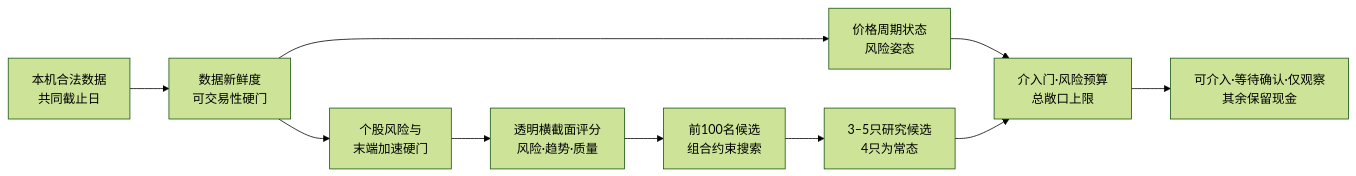
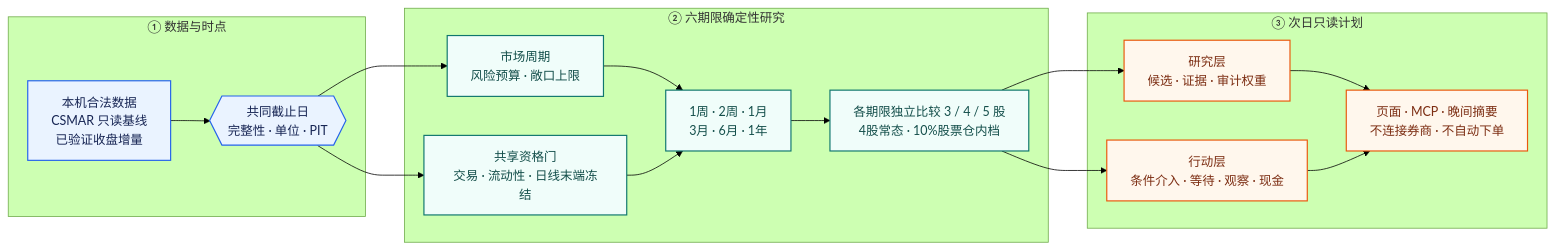
Before and after one commit to zerongwong/a-share-lab: the first of 3 diagrams in README.md, drawn with Mermaid (forest theme). The commit also changed other lines of this file and 19 other files, not shown here.

````diff
--- a/README.md
+++ b/README.md
@@ -79,12 +93,37 @@
 ```mermaid
 flowchart LR
-    A["本机合法数据<br/>共同截止日"] --> B["数据新鲜度<br/>可交易性硬门"]
-    B --> C["价格周期状态<br/>风险姿态"]
-    B --> D["个股风险与<br/>末端加速硬门"]
-    D --> E["透明横截面评分<br/>风险·趋势·质量"]
-    E --> F["前100名候选<br/>组合约束搜索"]
-    F --> G["3–5只研究候选<br/>4只为常态"]
-    C --> H["介入门·风险预算<br/>总敞口上限"]
-    G --> H
-    H --> I["可介入·等待确认·仅观察<br/>其余保留现金"]
+    subgraph INPUT["① 数据与时点"]
+        A["本机合法数据<br/>CSMAR 只读基线<br/>已验证收盘增量"]
+        B{{"共同截止日<br/>完整性 · 单位 · PIT"}}
+        A --> B
+    end
+
+    subgraph ENGINE["② 六期限确定性研究"]
+        C["市场周期<br/>风险预算 · 敞口上限"]
+        D["共享资格门<br/>交易 · 流动性 · 日线末端冻结"]
+        E["1周 · 2周 · 1月<br/>3月 · 6月 · 1年"]
+        F["各期限独立比较 3 / 4 / 5 股<br/>4股常态 · 10%股票仓内档"]
+        C --> E
+        D --> E --> F
+    end
+
+    subgraph OUTPUT["③ 次日只读计划"]
+        G["研究层<br/>候选 · 证据 · 审计权重"]
+        H["行动层<br/>条件介入 · 等待 · 观察 · 现金"]
+        I["页面 · MCP · 晚间摘要<br/>不连接券商 · 不自动下单"]
+        G --> I
+        H --> I
+    end
+
+    B --> C
+    B --> D
+    F --> G
+    F --> H
+
+    classDef data fill:#EAF3FF,stroke:#2563EB,color:#172554,stroke-width:1.5px;
+    classDef engine fill:#F0FDFA,stroke:#0F766E,color:#134E4A,stroke-width:1.5px;
+    classDef output fill:#FFF7ED,stroke:#EA580C,color:#7C2D12,stroke-width:1.5px;
+    class A,B data;
+    class C,D,E,F engine;
+    class G,H,I output;
 ```
````
